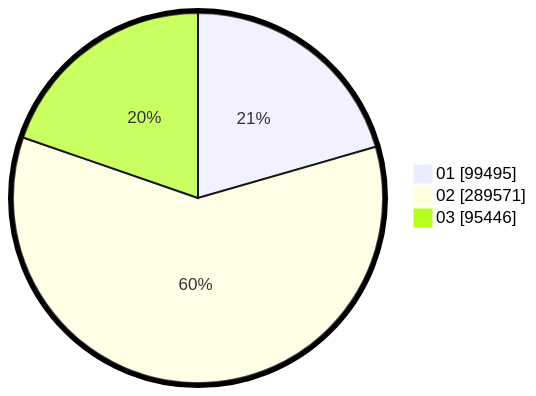
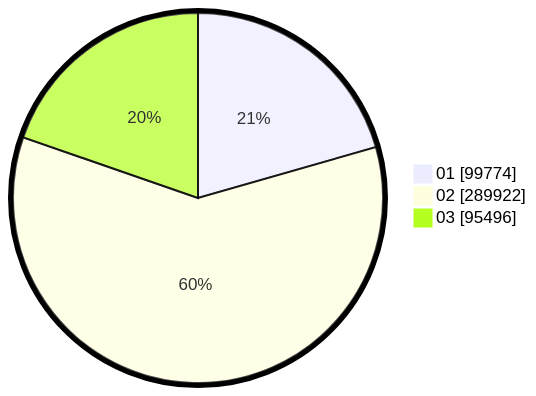
One commit to gigit-pemilu/pemilu-2024 changed the second of 2 diagrams in pilpres/hitung-suara/sub/table-wilayah-99.md. Above: the diagram before and after it, drawn with Mermaid. The commit also changed other lines of this file and 10 other files, not shown here.

````diff
--- a/pilpres/hitung-suara/sub/table-wilayah-99.md
+++ b/pilpres/hitung-suara/sub/table-wilayah-99.md
@@ -15,7 +15,7 @@
 ```mermaid
 %%{init: {"pie": {"textPosition": 0.5}, "themeVariables": {"pieOuterStrokeWidth": "5px"}} }%%
 pie showData
-    "01" : 99495
-    "02" : 289571
-    "03" : 95446
+    "01" : 99774
+    "02" : 289922
+    "03" : 95496
 ```
````
